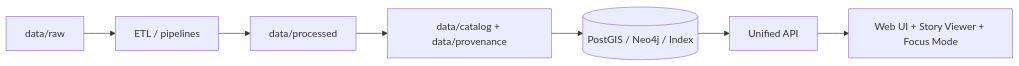
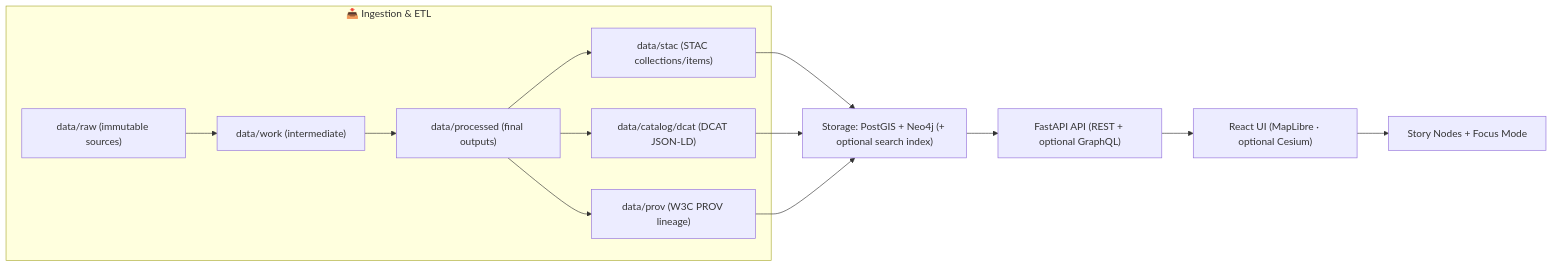
Before and after one commit to bartytime4life/Kansas-Frontier-Matrix: the diagram in README.md, drawn with Mermaid. The commit also changed other lines of this file, not shown here.

````diff
--- a/README.md
+++ b/README.md
@@ -100,9 +82,18 @@
 ```mermaid
 flowchart LR
-  RAW[data/raw] --> ETL[ETL / pipelines]
-  ETL --> PROC[data/processed]
-  PROC --> META[data/catalog + data/provenance]
-  META --> DB[(PostGIS / Neo4j / Index)]
-  DB --> API[Unified API]
-  API --> UI[Web UI + Story Viewer + Focus Mode]
+  subgraph Ingestion["📥 Ingestion & ETL"]
+    raw["data/raw (immutable sources)"] --> work["data/work (intermediate)"]
+    work --> processed["data/processed (final outputs)"]
+    processed --> stac["data/stac (STAC collections/items)"]
+    processed --> dcat["data/catalog/dcat (DCAT JSON-LD)"]
+    processed --> prov["data/prov (W3C PROV lineage)"]
+  end
+
+  stac --> storage["Storage: PostGIS + Neo4j (+ optional search index)"]
+  dcat --> storage
+  prov --> storage
+
+  storage --> api["FastAPI API (REST + optional GraphQL)"]
+  api --> ui["React UI (MapLibre · optional Cesium)"]
+  ui --> story["Story Nodes + Focus Mode"]
 ```
````
